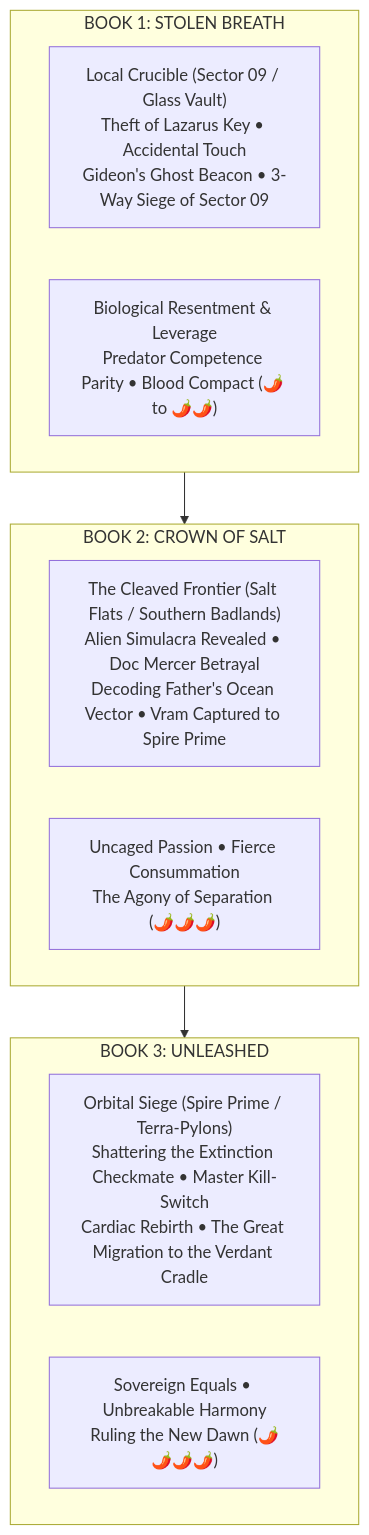
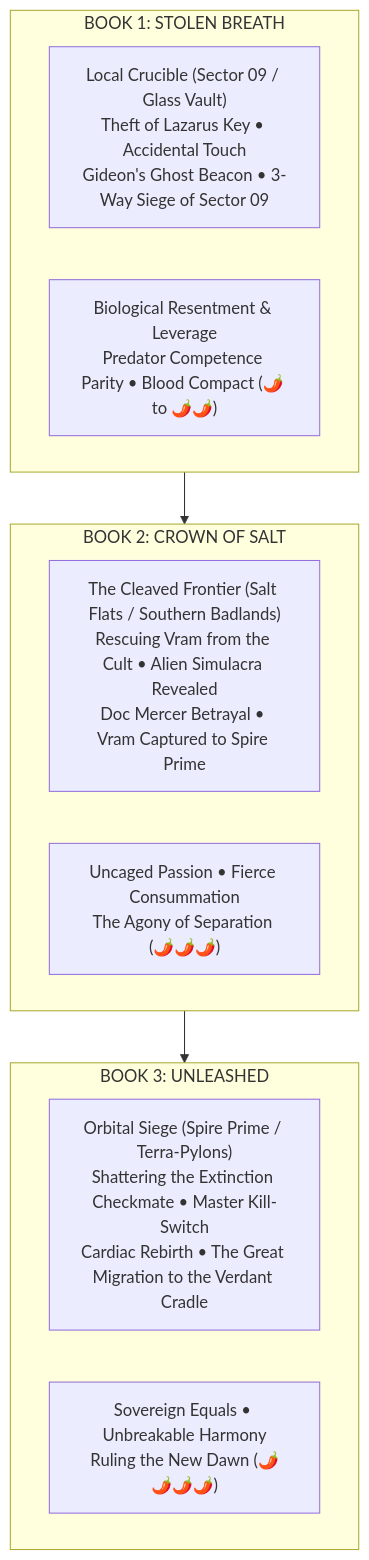
Before and after one commit to ajuandiego/arkun: the diagram in 05_plot/trilogy_overview.md, drawn with Mermaid. The commit also changed other lines of this file and 30 other files, not shown here.

````diff
--- a/05_plot/trilogy_overview.md
+++ b/05_plot/trilogy_overview.md
@@ -18,19 +18,19 @@
 ```mermaid
 graph TD
     subgraph B1 ["BOOK 1: STOLEN BREATH"]
         B1_Plot["Local Crucible (Sector 09 / Glass Vault)<br/>Theft of Lazarus Key • Accidental Touch<br/>Gideon's Ghost Beacon • 3-Way Siege of Sector 09"]
         B1_Romance["Biological Resentment & Leverage<br/>Predator Competence Parity • Blood Compact (🌶️ to 🌶️🌶️)"]
     end
 
     subgraph B2 ["BOOK 2: CROWN OF SALT"]
-        B2_Plot["The Cleaved Frontier (Salt Flats / Southern Badlands)<br/>Alien Simulacra Revealed • Doc Mercer Betrayal<br/>Decoding Father's Ocean Vector • Vram Captured to Spire Prime"]
+        B2_Plot["The Cleaved Frontier (Salt Flats / Southern Badlands)<br/>Rescuing Vram from the Cult • Alien Simulacra Revealed<br/>Doc Mercer Betrayal • Vram Captured to Spire Prime"]
         B2_Romance["Uncaged Passion • Fierce Consummation<br/>The Agony of Separation (🌶️🌶️🌶️)"]
     end
 
     subgraph B3 ["BOOK 3: UNLEASHED"]
         B3_Plot["Orbital Siege (Spire Prime / Terra-Pylons)<br/>Shattering the Extinction Checkmate • Master Kill-Switch<br/>Cardiac Rebirth • The Great Migration to the Verdant Cradle"]
         B3_Romance["Sovereign Equals • Unbreakable Harmony<br/>Ruling the New Dawn (🌶️🌶️🌶️🌶️)"]
     end
 
     B1 --> B2 --> B3
 ```
````
